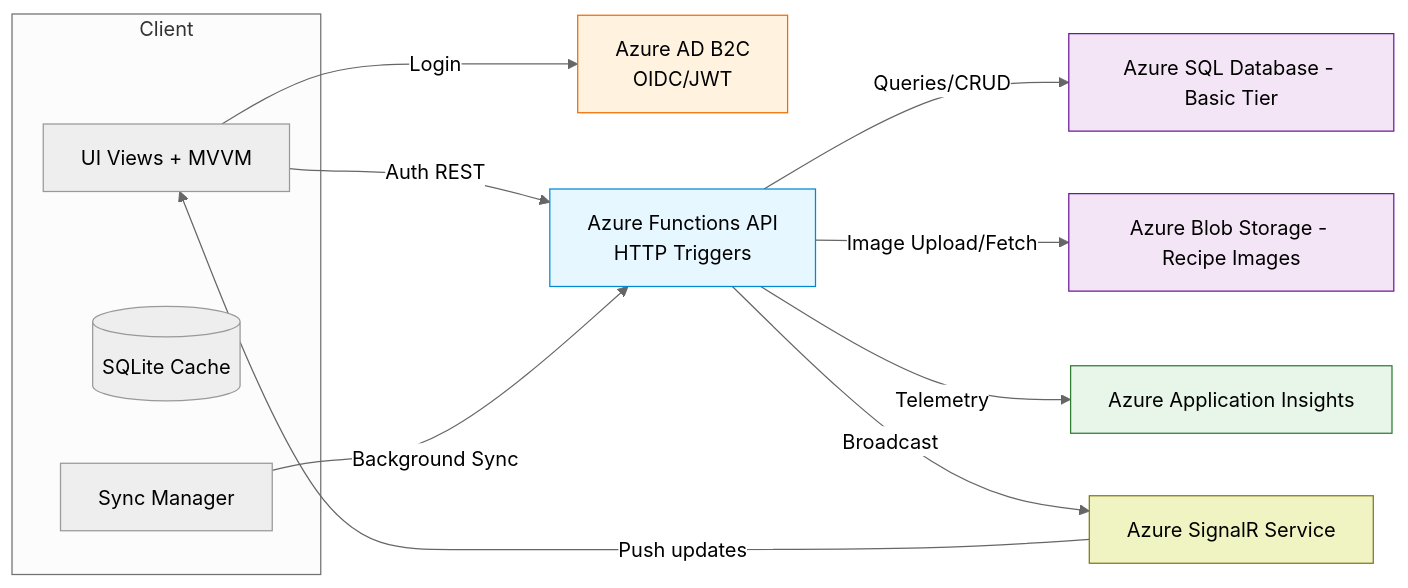
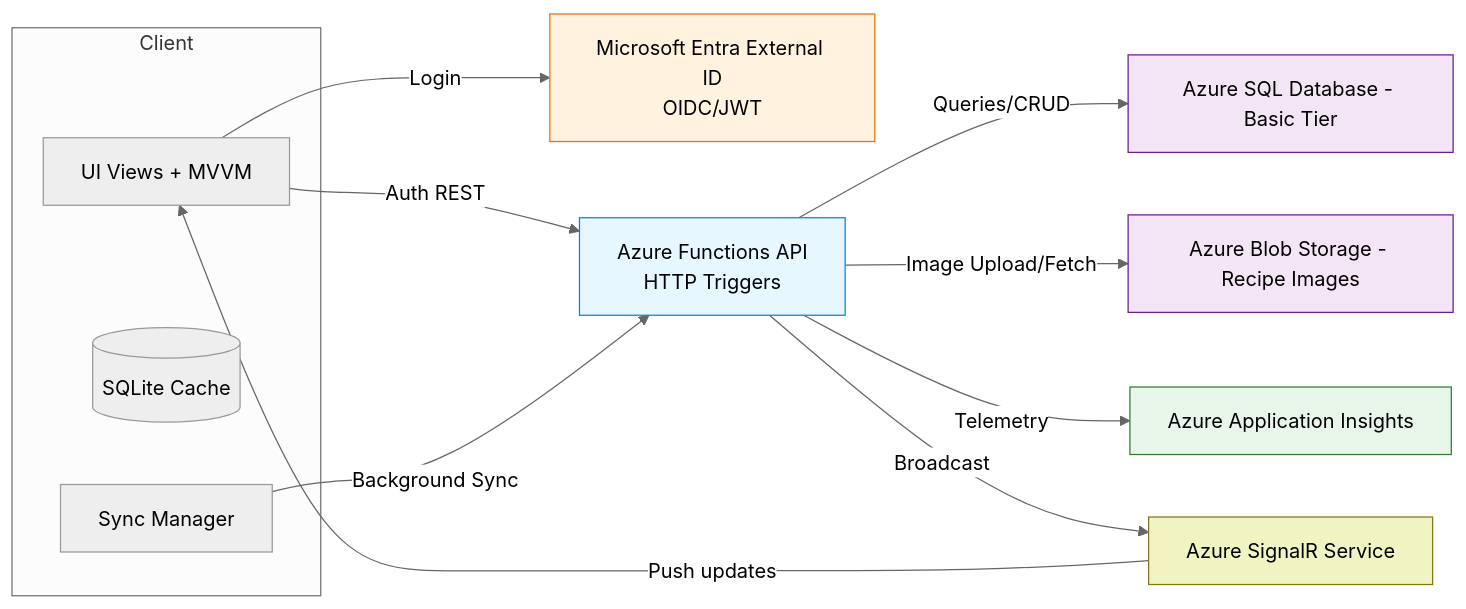
Before and after one commit to BShiffAVA/MealPlanOrganizer: the first of 7 diagrams in docs/architecture/ARCHITECTURE.md, drawn with Mermaid (neutral theme). The commit also changed other lines of this file and 25 other files, not shown here.

````diff
--- a/docs/architecture/ARCHITECTURE.md
+++ b/docs/architecture/ARCHITECTURE.md
@@ -22,30 +22,30 @@
 ```mermaid
 flowchart LR
   subgraph Client
         UI[UI Views + MVVM]
         LocalDB[(SQLite Cache)]
         Sync[Sync Manager]
     end
 
-    AADB2C[Azure AD B2C<br/>OIDC/JWT]:::sec
+    ExternalID[Microsoft Entra External ID<br/>OIDC/JWT]:::sec
     AF[Azure Functions API<br/>HTTP Triggers]:::svc
     SQL[Azure SQL Database - Basic Tier]:::data
     BLOB[Azure Blob Storage - Recipe Images]:::data
     AI[Azure Application Insights]:::ops
     SIG[Azure SignalR Service]:::opt
 
-    UI -- Login --> AADB2C
+    UI -- Login --> ExternalID
     UI -- Auth REST --> AF
     Sync -- Background Sync --> AF
     AF -- Queries/CRUD --> SQL
     AF -- Image Upload/Fetch --> BLOB
     AF -- Telemetry --> AI
     AF -- Broadcast --> SIG
     SIG -- Push updates --> UI
 
     classDef svc fill:#e6f7ff,stroke:#0288d1,stroke-width:1px;
     classDef sec fill:#fff3e0,stroke:#ef6c00,stroke-width:1px;
     classDef data fill:#f3e5f5,stroke:#6a1b9a,stroke-width:1px;
     classDef ops fill:#e8f5e9,stroke:#2e7d32,stroke-width:1px;
     classDef opt fill:#f0f4c3,stroke:#827717,stroke-width:1px;
 ```
````
